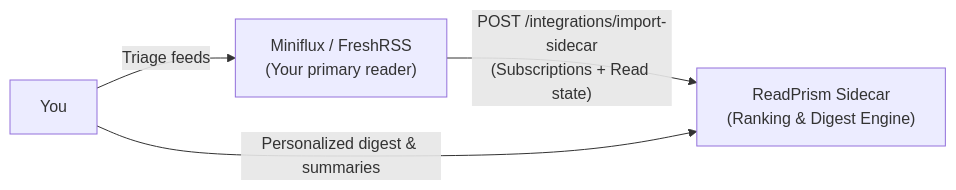
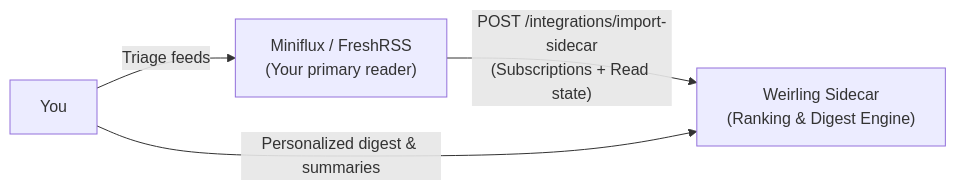
Before and after one commit to mohitmishra786/readprism: the diagram in docs/sidecar.md, drawn with Mermaid. The commit also changed other lines of this file and 185 other files, not shown here.

First line of the commit message:
[#340] Rename ReadPrism → Weirling (weirling.com)

````diff
--- a/docs/sidecar.md
+++ b/docs/sidecar.md
@@ -14,13 +14,13 @@
 ```mermaid
 flowchart LR
-    accTitle: ReadPrism sidecar architecture
-    accDescr: Miniflux or FreshRSS handles feed subscriptions while ReadPrism pulls feeds, ranks items by behavioral telemetry, and generates digests.
+    accTitle: Weirling sidecar architecture
+    accDescr: Miniflux or FreshRSS handles feed subscriptions while Weirling pulls feeds, ranks items by behavioral telemetry, and generates digests.
 
     reader["Miniflux / FreshRSS<br/>(Your primary reader)"]
-    readprism["ReadPrism Sidecar<br/>(Ranking & Digest Engine)"]
+    readprism["Weirling Sidecar<br/>(Ranking & Digest Engine)"]
     user["You"]
 
     reader -- "POST /integrations/import-sidecar<br/>(Subscriptions + Read state)" --> readprism
     user -- "Triage feeds" --> reader
     user -- "Personalized digest & summaries" --> readprism
 ```
````
